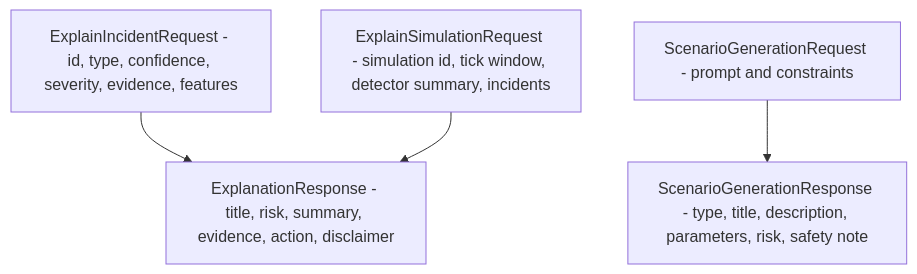
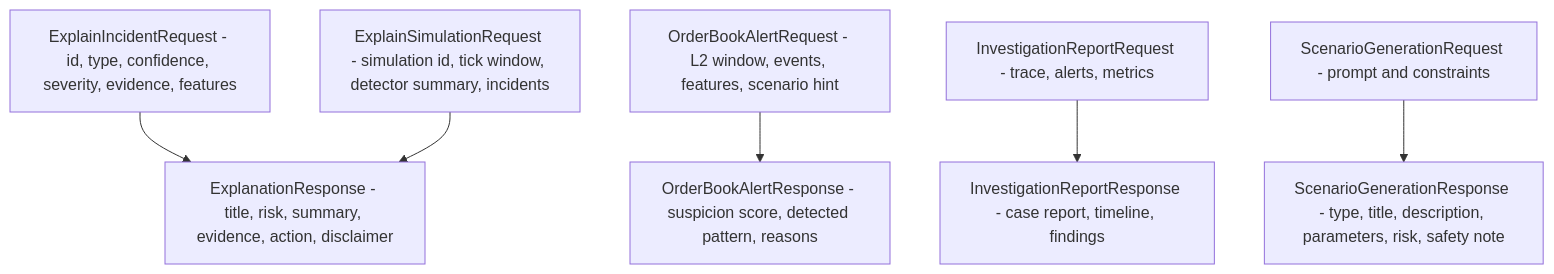
The third of 3 diagrams in docs/architecture/ARD-0005-nebius-endpoint-contract.md (khab40/aimada), drawn with Mermaid before and after one commit. The commit also changed other lines of this file and 38 other files, not shown here.

````diff
--- a/docs/architecture/ARD-0005-nebius-endpoint-contract.md
+++ b/docs/architecture/ARD-0005-nebius-endpoint-contract.md
@@ -61,12 +70,18 @@
 ```mermaid
 graph TD
     IncidentRequest["ExplainIncidentRequest - id, type, confidence, severity, evidence, features"]
     SimulationRequest["ExplainSimulationRequest - simulation id, tick window, detector summary, incidents"]
     Explanation["ExplanationResponse - title, risk, summary, evidence, action, disclaimer"]
+    AlertRequest["OrderBookAlertRequest - L2 window, events, features, scenario hint"]
+    AlertResponse["OrderBookAlertResponse - suspicion score, detected pattern, reasons"]
+    ReportRequest["InvestigationReportRequest - trace, alerts, metrics"]
+    ReportResponse["InvestigationReportResponse - case report, timeline, findings"]
     ScenarioRequest["ScenarioGenerationRequest - prompt and constraints"]
     ScenarioResponse["ScenarioGenerationResponse - type, title, description, parameters, risk, safety note"]
 
     IncidentRequest --> Explanation
     SimulationRequest --> Explanation
+    AlertRequest --> AlertResponse
+    ReportRequest --> ReportResponse
     ScenarioRequest --> ScenarioResponse
 ```
````
